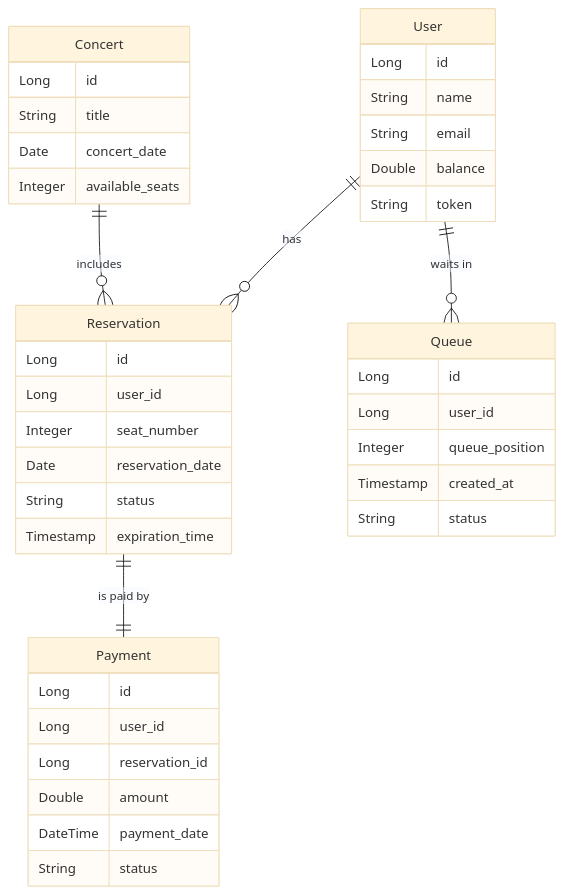
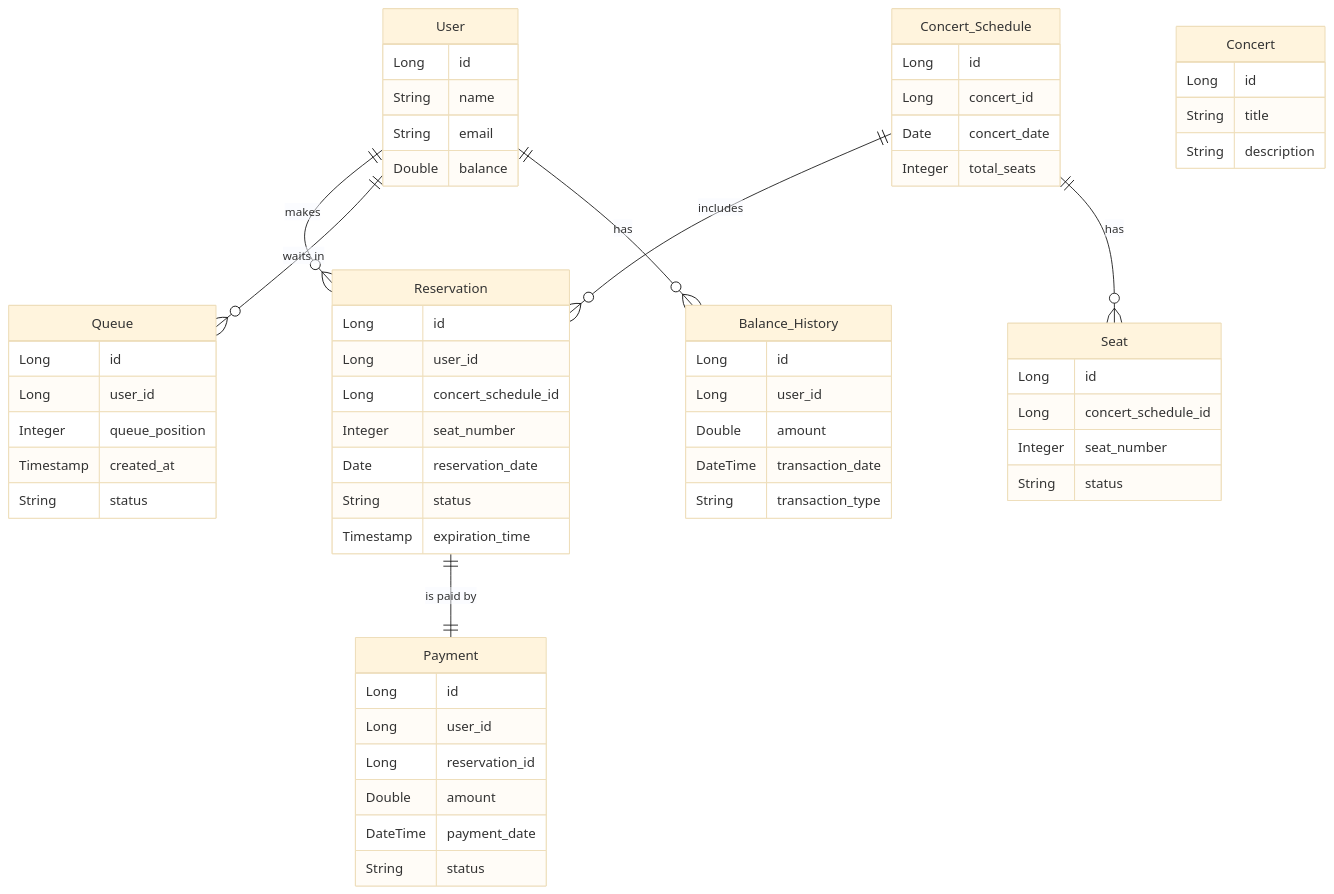
One commit to itstimi-XD/ConcertReservation changed the diagram in Readme.md. Above: the diagram before and after it, drawn with Mermaid (base theme). The commit also changed other lines of this file, not shown here.

````diff
--- a/Readme.md
+++ b/Readme.md
@@ -143,48 +87,72 @@
 ```mermaid
 erDiagram
-    User ||--o{ Reservation : "has"
+    User ||--o{ Reservation : "makes"
     Reservation ||--|| Payment : "is paid by"
     User ||--o{ Queue : "waits in"
-    Concert ||--o{ Reservation : "includes"
-    
+    Concert_Schedule ||--o{ Reservation : "includes"
+    Concert_Schedule ||--o{ Seat : "has"
+    User ||--o{ Balance_History : "has"
+
     User {
         Long id
         String name
         String email
         Double balance
-        String token
     }
-    
+
     Reservation {
         Long id
         Long user_id
+        Long concert_schedule_id
         Integer seat_number
         Date reservation_date
         String status
         Timestamp expiration_time
     }
-    
+
     Payment {
         Long id
         Long user_id
         Long reservation_id
         Double amount
         DateTime payment_date
         String status
     }
 
     Queue {
-            Long id
-            Long user_id
-            Integer queue_position
-            Timestamp created_at
-            String status
+        Long id
+        Long user_id
+        Integer queue_position
+        Timestamp created_at
+        String status
     }
-    
+
+    Concert_Schedule {
+        Long id
+        Long concert_id
+        Date concert_date
+        Integer total_seats
+    }
+
     Concert {
         Long id
         String title
-        Date concert_date
-        Integer available_seats
+        String description
     }
+
+    Seat {
+        Long id
+        Long concert_schedule_id
+        Integer seat_number
+        String status
+    }
+
+    Balance_History {
+        Long id
+        Long user_id
+        Double amount
+        DateTime transaction_date
+        String transaction_type
+    }
+
 ```
````
